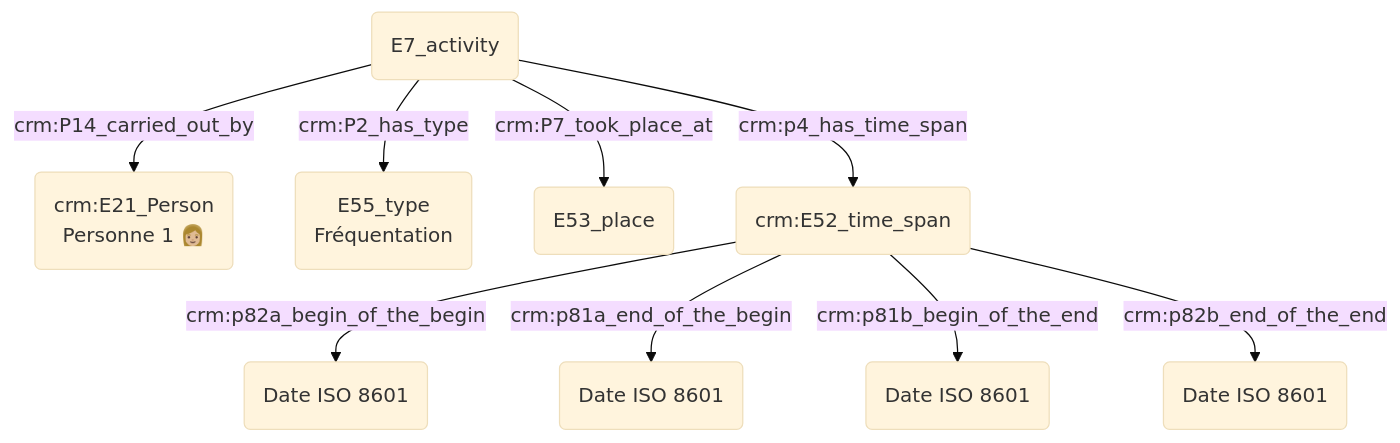
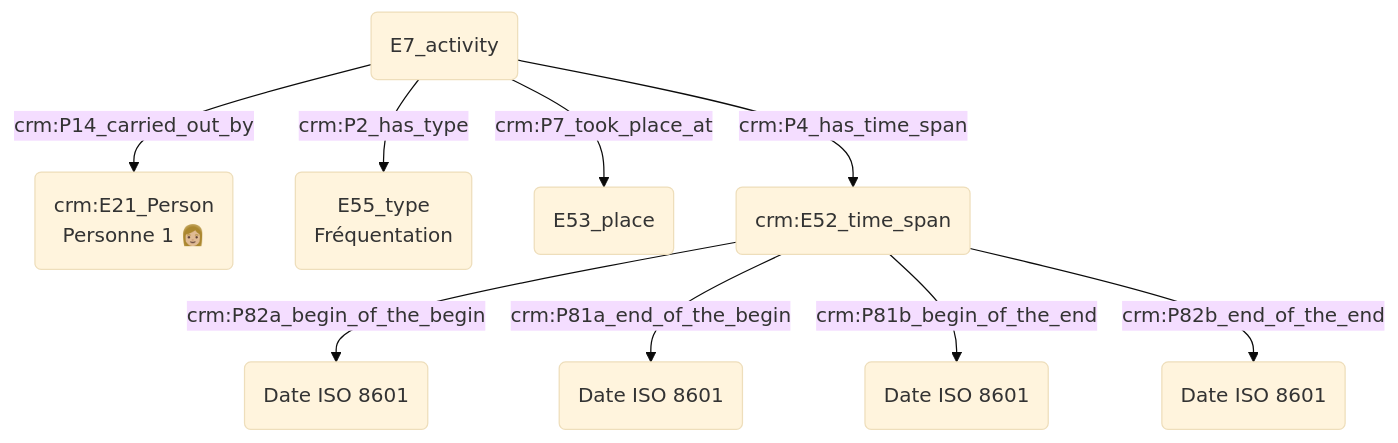
One commit to Amleth/consortium-musica2-gt2-ontologies changed the diagram in modules/livrables/Dossier 2/Prosopographie/fréquentation d'un lieu à un instant donné.md. Above: the diagram before and after it, drawn with Mermaid (base theme).

Commit message:
Update fréquentation d'un lieu à un instant donné.md

````diff
--- a/modules/livrables/Dossier 2/Prosopographie/fréquentation d'un lieu à un instant donné.md
+++ b/modules/livrables/Dossier 2/Prosopographie/fréquentation d'un lieu à un instant donné.md
@@ -17,14 +17,14 @@
 ```mermaid
 graph TD;
 
 B(E7_activity) -->|crm:P14_carried_out_by| A("crm:E21_Person<br>Personne 1 👩🏼")
 B(E7_activity) -->|crm:P2_has_type| C(E55_type<br>Fréquentation)
 
 B(E7_activity) -->|crm:P7_took_place_at| I(E53_place)
 
-B(E7_activity) --> |crm:p4_has_time_span| D(crm:E52_time_span)
-D(crm:E52_time_span) --> |crm:p82a_begin_of_the_begin| E("Date ISO 8601")
-D(crm:E52_time_span) --> |crm:p81a_end_of_the_begin| F("Date ISO 8601")
-D(crm:E52_time_span) --> |crm:p81b_begin_of_the_end|G("Date ISO 8601")
-D(crm:E52_time_span) --> |crm:p82b_end_of_the_end| H("Date ISO 8601")
+B(E7_activity) --> |crm:P4_has_time_span| D(crm:E52_time_span)
+D(crm:E52_time_span) --> |crm:P82a_begin_of_the_begin| E("Date ISO 8601")
+D(crm:E52_time_span) --> |crm:P81a_end_of_the_begin| F("Date ISO 8601")
+D(crm:E52_time_span) --> |crm:P81b_begin_of_the_end|G("Date ISO 8601")
+D(crm:E52_time_span) --> |crm:P82b_end_of_the_end| H("Date ISO 8601")
 ```
````
